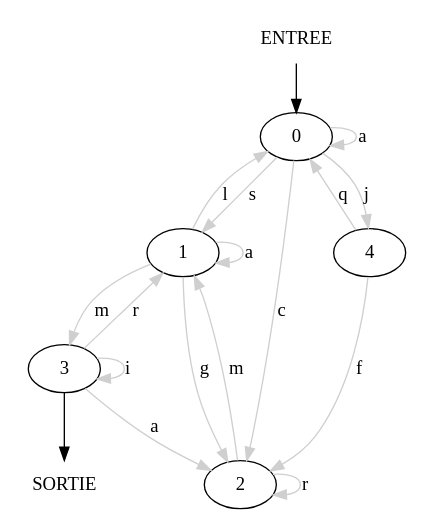
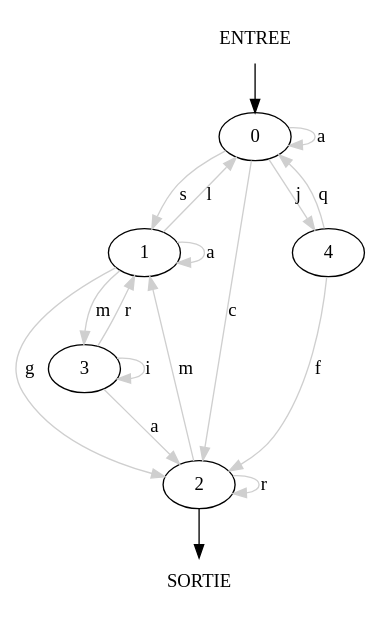
Before and after one commit to Y7T007/PROJECT_THL_GI: the diagram in cmake-build-debug/ff2.dot, drawn with Graphviz. The commit also changed 3 other files, not shown here.

```diff
--- a/cmake-build-debug/ff2.dot
+++ b/cmake-build-debug/ff2.dot
@@ -1,25 +1,25 @@
 digraph test_graph{
 e[ label="ENTREE" shape=none]
 s[ label="SORTIE" shape=none]
 0 [label="0"]
 1 [label="1"]
 2 [label="2"]
 3 [label="3"]
 4 [label="4"];
 e -> 0  ;
 0 -> 0 [label="a" color=grey81 ] 
 0 -> 1 [label="s" color=grey81 ] 
 0 -> 2 [label="c" color=grey81 ] 
 0 -> 4 [label="j" color=grey81 ] 
 1 -> 0 [label="l" color=grey81 ] 
 1 -> 1 [label="a" color=grey81 ] 
 1 -> 2 [label="g" color=grey81 ] 
 1 -> 3 [label="m" color=grey81 ] 
+2 -> s ;
 2 -> 1 [label="m" color=grey81 ] 
 2 -> 2 [label="r" color=grey81 ] 
-3 -> s ;
 3 -> 1 [label="r" color=grey81 ] 
 3 -> 2 [label="a" color=grey81 ] 
 3 -> 3 [label="i" color=grey81 ] 
 4 -> 0 [label="q" color=grey81 ] 
 4 -> 2 [label="f" color=grey81 ] }
```
